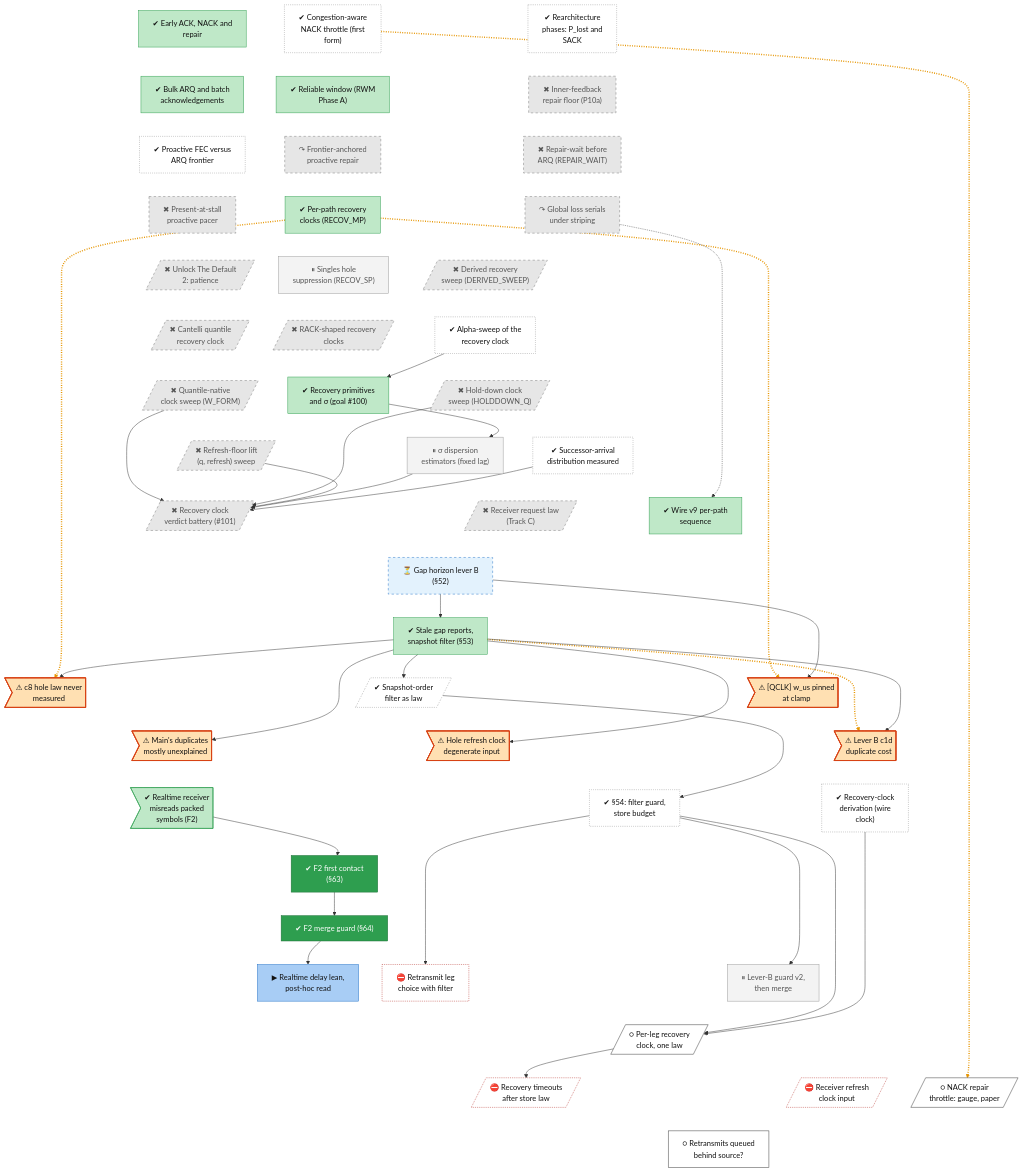
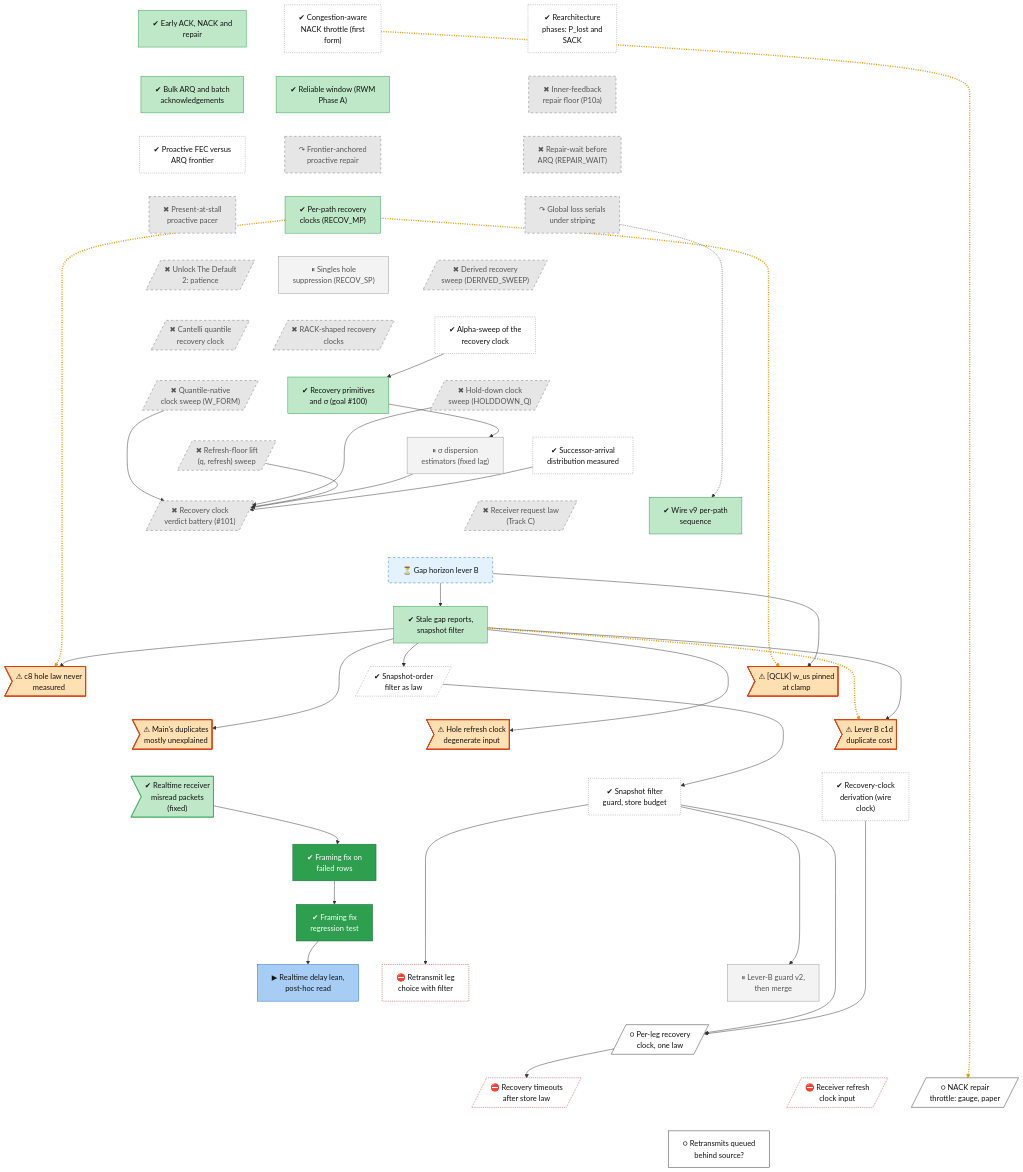
The diagram in docs/roadmap/tracks/rec.md (lhns/raptorpath), drawn with Mermaid before and after one commit. The commit also changed other lines of this file and 12 other files, not shown here.

First line of the commit message:
roadmap: plain titles - no section numbers or internal codenames (block E, F2, s62, 61a) in titles or plain sentences

```diff
--- a/docs/roadmap/tracks/rec.md
+++ b/docs/roadmap/tracks/rec.md
@@ -36,19 +36,19 @@
     rec_goal101[/"✖ Recovery clock<br/>verdict battery (#35;101)"/]
     rec_receiver_law[/"✖ Receiver request law<br/>(Track C)"/]
     rec_wire_v9["✔ Wire v9 per-path<br/>sequence"]
-    rec_gap_horizon["⏳ Gap horizon lever B<br/>(#167;52)"]
-    rec_snapver_filter["✔ Stale gap reports,<br/>snapshot filter (#167;53)"]
+    rec_gap_horizon["⏳ Gap horizon lever B"]
+    rec_snapver_filter["✔ Stale gap reports,<br/>snapshot filter"]
     rec_snapver_law[/"✔ Snapshot-order<br/>filter as law"/]
     rec_defect_qclk_clamp>"⚠ #91;QCLK#93; w_us pinned<br/>at clamp"]
     rec_defect_hole_law>"⚠ c8 hole law never<br/>measured"]
     rec_defect_refresh_input>"⚠ Hole refresh clock<br/>degenerate input"]
     rec_leverb_c1d_cost>"⚠ Lever B c1d<br/>duplicate cost"]
     rec_defect_base_duplicates>"⚠ Main's duplicates<br/>mostly unexplained"]
-    rec_s54_session["✔ #167;54: filter guard,<br/>store budget"]
+    rec_s54_session["✔ Snapshot filter<br/>guard, store budget"]
     rec_wire_clock_derivation["✔ Recovery-clock<br/>derivation (wire<br/>clock)"]
-    rec_defect_realtime_framing>"✔ Realtime receiver<br/>misreads packed<br/>symbols (F2)"]
-    rec_s63_f2_first_contact["✔ F2 first contact<br/>(#167;63)"]
-    rec_f2_merge_guard["✔ F2 merge guard (#167;64)"]
+    rec_defect_realtime_framing>"✔ Realtime receiver<br/>misread packets<br/>(fixed)"]
+    rec_s63_f2_first_contact["✔ Framing fix on<br/>failed rows"]
+    rec_f2_merge_guard["✔ Framing fix<br/>regression test"]
     rec_s64_delay_lean["▶ Realtime delay lean,<br/>post-hoc read"]
     rec_w0_leg_question["⛔ Retransmit leg<br/>choice with filter"]
     rec_leverb_guard["⏸ Lever-B guard v2,<br/>then merge"]
```
